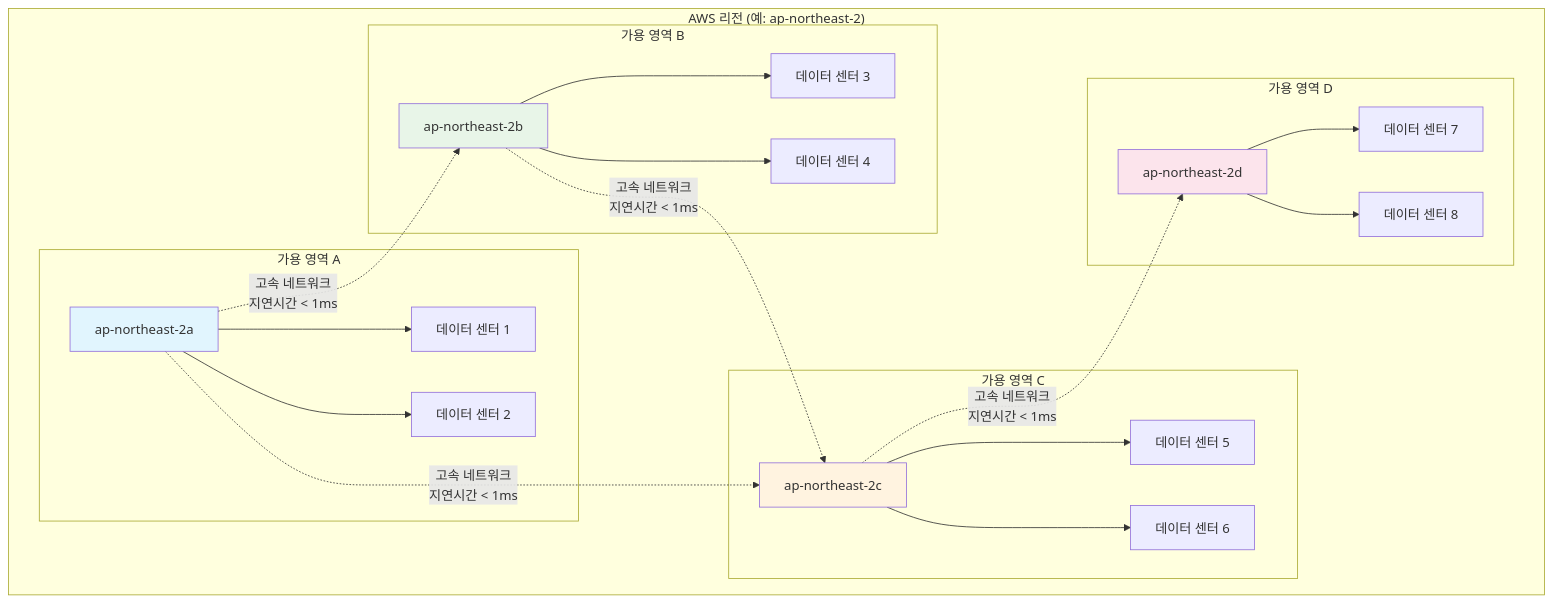
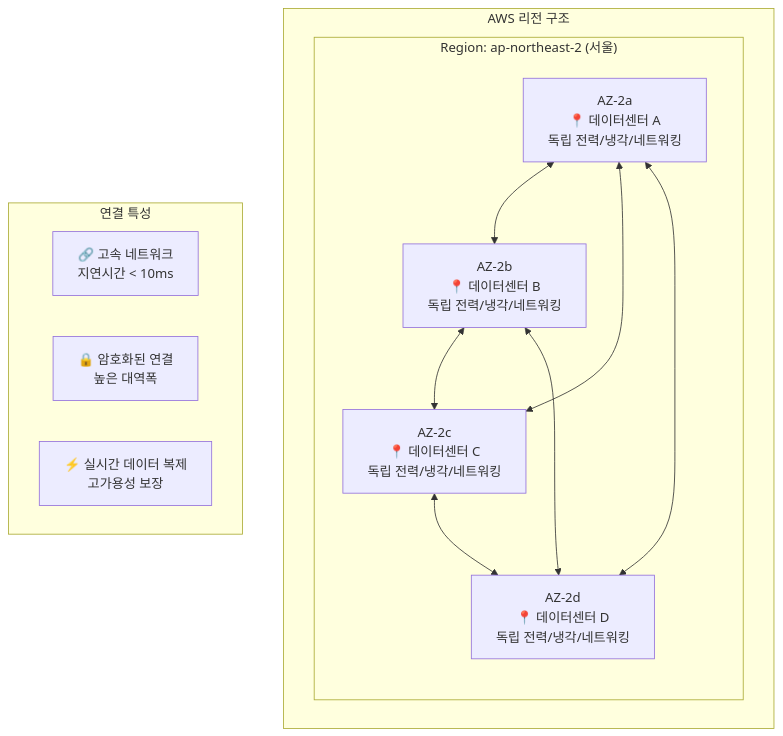
Before and after one commit to niceguy61/lecture_maker: the second of 10 diagrams in aws-saa-study-materials/week1/day1/visuals/aws-global-infrastructure.md, drawn with Mermaid. The commit also changed other lines of this file and 58 other files, not shown here.

````diff
--- a/aws-saa-study-materials/week1/day1/visuals/aws-global-infrastructure.md
+++ b/aws-saa-study-materials/week1/day1/visuals/aws-global-infrastructure.md
@@ -32,46 +22,24 @@
 ```mermaid
 graph TB
-    subgraph "AWS 리전 (예: ap-northeast-2)"
-        subgraph "가용 영역 A"
-            AZ1[ap-northeast-2a]
-            DC1[데이터 센터 1]
-            DC2[데이터 센터 2]
-            AZ1 --> DC1
-            AZ1 --> DC2
+    subgraph "AWS 리전 구조"
+        subgraph "Region: ap-northeast-2 (서울)"
+            AZ1["AZ-2a<br/>📍 데이터센터 A<br/>독립 전력/냉각/네트워킹"]
+            AZ2["AZ-2b<br/>📍 데이터센터 B<br/>독립 전력/냉각/네트워킹"]
+            AZ3["AZ-2c<br/>📍 데이터센터 C<br/>독립 전력/냉각/네트워킹"]
+            AZ4["AZ-2d<br/>📍 데이터센터 D<br/>독립 전력/냉각/네트워킹"]
         end
         
-        subgraph "가용 영역 B"
-            AZ2[ap-northeast-2b]
-            DC3[데이터 센터 3]
-            DC4[데이터 센터 4]
-            AZ2 --> DC3
-            AZ2 --> DC4
-        end
-        
-        subgraph "가용 영역 C"
-            AZ3[ap-northeast-2c]
-            DC5[데이터 센터 5]
-            DC6[데이터 센터 6]
-            AZ3 --> DC5
-            AZ3 --> DC6
-        end
-        
-        subgraph "가용 영역 D"
-            AZ4[ap-northeast-2d]
-            DC7[데이터 센터 7]
-            DC8[데이터 센터 8]
-            AZ4 --> DC7
-            AZ4 --> DC8
-        end
+        AZ1 <--> AZ2
+        AZ2 <--> AZ3
+        AZ3 <--> AZ4
+        AZ1 <--> AZ3
+        AZ1 <--> AZ4
+        AZ2 <--> AZ4
     end
     
-    AZ1 -.->|고속 네트워크<br/>지연시간 < 1ms| AZ2
-    AZ2 -.->|고속 네트워크<br/>지연시간 < 1ms| AZ3
-    AZ3 -.->|고속 네트워크<br/>지연시간 < 1ms| AZ4
-    AZ1 -.->|고속 네트워크<br/>지연시간 < 1ms| AZ3
-    
-    style AZ1 fill:#e1f5fe
-    style AZ2 fill:#e8f5e8
-    style AZ3 fill:#fff3e0
-    style AZ4 fill:#fce4ec
+    subgraph "연결 특성"
+        CONN1["🔗 고속 네트워크<br/>지연시간 < 10ms"]
+        CONN2["🔒 암호화된 연결<br/>높은 대역폭"]
+        CONN3["⚡ 실시간 데이터 복제<br/>고가용성 보장"]
+    end
 ```
````
